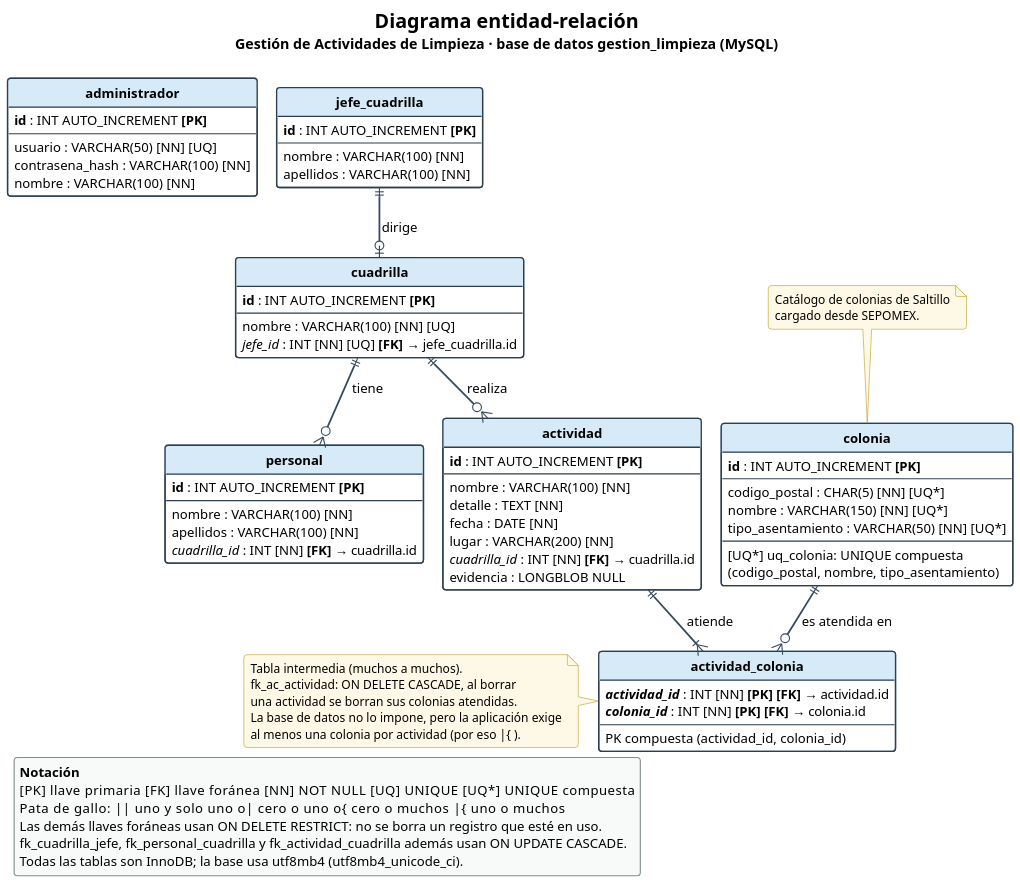
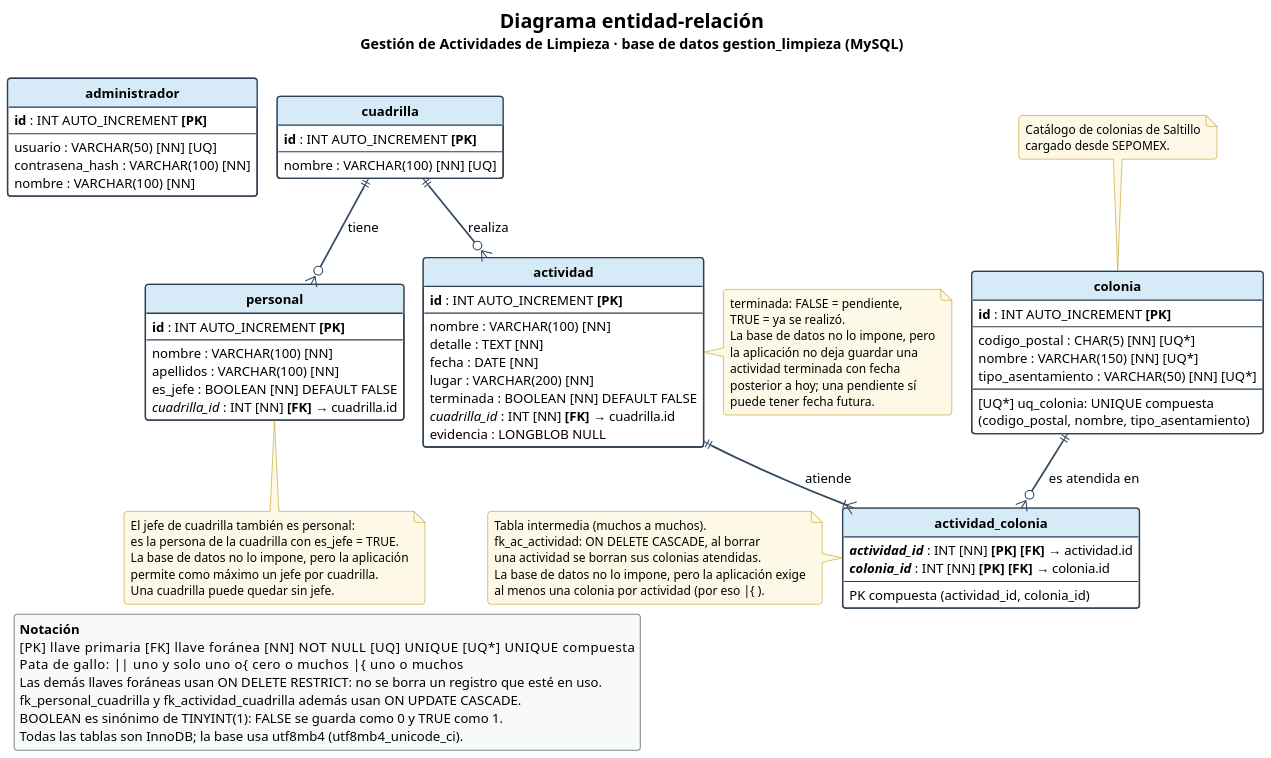
Before and after one commit to GaelSandovalv/gestion-limpieza: the diagram in docs/diagrama-er.puml, drawn with PlantUML. The commit also changed 1 other file, not shown here.

Commit message:
Diagrama entidad-relación con es_jefe y estado de la actividad

```diff
--- a/docs/diagrama-er.puml
+++ b/docs/diagrama-er.puml
@@ -1,135 +1,150 @@
 @startuml diagrama-er
 ' Diagrama entidad-relación de la base de datos gestion_limpieza
 ' Fuente: bd/01_esquema.sql (notación pata de gallo)
 !pragma layout smetana
 
 skinparam dpi 150
 skinparam shadowing false
 skinparam defaultFontName Arial
 skinparam defaultFontSize 12
 skinparam roundCorner 6
 skinparam nodesep 70
 skinparam ranksep 80
 skinparam ArrowColor #34495E
 skinparam ArrowThickness 1.6
 skinparam titleFontSize 18
 skinparam titleFontStyle bold
 
 skinparam class {
   BackgroundColor #FFFFFF
   BorderColor #2C3E50
   BorderThickness 1.2
   HeaderBackgroundColor #D6EAF8
   FontStyle bold
   FontSize 14
   AttributeFontSize 12
 }
 
 skinparam legend {
   BackgroundColor #F8F9F9
   BorderColor #7F8C8D
   FontSize 12
 }
 
 skinparam note {
   BackgroundColor #FEF9E7
   BorderColor #B7950B
   FontSize 11
 }
 
 hide circle
 hide empty methods
 
 title
   Diagrama entidad-relación
   <size:13>Gestión de Actividades de Limpieza · base de datos gestion_limpieza (MySQL)</size>
 end title
 
 entity "administrador" as administrador {
   **id** : INT AUTO_INCREMENT <b>[PK]</b>
   --
   usuario : VARCHAR(50) [NN] [UQ]
   contrasena_hash : VARCHAR(100) [NN]
   nombre : VARCHAR(100) [NN]
 }
 
-entity "jefe_cuadrilla" as jefe_cuadrilla {
-  **id** : INT AUTO_INCREMENT <b>[PK]</b>
-  --
-  nombre : VARCHAR(100) [NN]
-  apellidos : VARCHAR(100) [NN]
-}
-
 entity "cuadrilla" as cuadrilla {
   **id** : INT AUTO_INCREMENT <b>[PK]</b>
   --
   nombre : VARCHAR(100) [NN] [UQ]
-  //jefe_id// : INT [NN] [UQ] <b>[FK]</b> → jefe_cuadrilla.id
 }
 
 entity "personal" as personal {
   **id** : INT AUTO_INCREMENT <b>[PK]</b>
   --
   nombre : VARCHAR(100) [NN]
   apellidos : VARCHAR(100) [NN]
+  es_jefe : BOOLEAN [NN] DEFAULT FALSE
   //cuadrilla_id// : INT [NN] <b>[FK]</b> → cuadrilla.id
 }
 
 entity "actividad" as actividad {
   **id** : INT AUTO_INCREMENT <b>[PK]</b>
   --
   nombre : VARCHAR(100) [NN]
   detalle : TEXT [NN]
   fecha : DATE [NN]
   lugar : VARCHAR(200) [NN]
+  terminada : BOOLEAN [NN] DEFAULT FALSE
   //cuadrilla_id// : INT [NN] <b>[FK]</b> → cuadrilla.id
   evidencia : LONGBLOB NULL
 }
 
 entity "colonia" as colonia {
   **id** : INT AUTO_INCREMENT <b>[PK]</b>
   --
   codigo_postal : CHAR(5) [NN] [UQ*]
   nombre : VARCHAR(150) [NN] [UQ*]
   tipo_asentamiento : VARCHAR(50) [NN] [UQ*]
   --
   [UQ*] uq_colonia: UNIQUE compuesta
   (codigo_postal, nombre, tipo_asentamiento)
 }
 
 entity "actividad_colonia" as actividad_colonia {
   **//actividad_id//** : INT [NN] <b>[PK] [FK]</b> → actividad.id
   **//colonia_id//** : INT [NN] <b>[PK] [FK]</b> → colonia.id
   --
   PK compuesta (actividad_id, colonia_id)
 }
 
-jefe_cuadrilla ||--o| cuadrilla : dirige
 cuadrilla ||--o{ personal : tiene
 cuadrilla ||--o{ actividad : realiza
 actividad ||--|{ actividad_colonia : atiende
 colonia ||--o{ actividad_colonia : es atendida en
+
+' Acomodo (enlace oculto): personal a la izquierda de actividad
+personal -[hidden]right- actividad
 
 note left of actividad_colonia
   Tabla intermedia (muchos a muchos).
   fk_ac_actividad: ON DELETE CASCADE, al borrar
   una actividad se borran sus colonias atendidas.
   La base de datos no lo impone, pero la aplicación exige
   al menos una colonia por actividad (por eso |{ ).
 end note
 
 note top of colonia
   Catálogo de colonias de Saltillo
   cargado desde SEPOMEX.
 end note
 
+note bottom of personal
+  El jefe de cuadrilla también es personal:
+  es la persona de la cuadrilla con es_jefe = TRUE.
+  La base de datos no lo impone, pero la aplicación
+  permite como máximo un jefe por cuadrilla.
+  Una cuadrilla puede quedar sin jefe.
+end note
+
+note right of actividad
+  terminada: FALSE = pendiente,
+  TRUE = ya se realizó.
+  La base de datos no lo impone, pero
+  la aplicación no deja guardar una
+  actividad terminada con fecha
+  posterior a hoy; una pendiente sí
+  puede tener fecha futura.
+end note
+
 legend bottom left
   <b>Notación</b>
   [PK] llave primaria    [FK] llave foránea    [NN] NOT NULL    [UQ] UNIQUE    [UQ*] UNIQUE compuesta
-  Pata de gallo: ||  uno y solo uno    o|  cero o uno    o{  cero o muchos    |{  uno o muchos
+  Pata de gallo: ||  uno y solo uno    o{  cero o muchos    |{  uno o muchos
   Las demás llaves foráneas usan ON DELETE RESTRICT: no se borra un registro que esté en uso.
-  fk_cuadrilla_jefe, fk_personal_cuadrilla y fk_actividad_cuadrilla además usan ON UPDATE CASCADE.
+  fk_personal_cuadrilla y fk_actividad_cuadrilla además usan ON UPDATE CASCADE.
+  BOOLEAN es sinónimo de TINYINT(1): FALSE se guarda como 0 y TRUE como 1.
   Todas las tablas son InnoDB; la base usa utf8mb4 (utf8mb4_unicode_ci).
 endlegend
 
 @enduml
```
